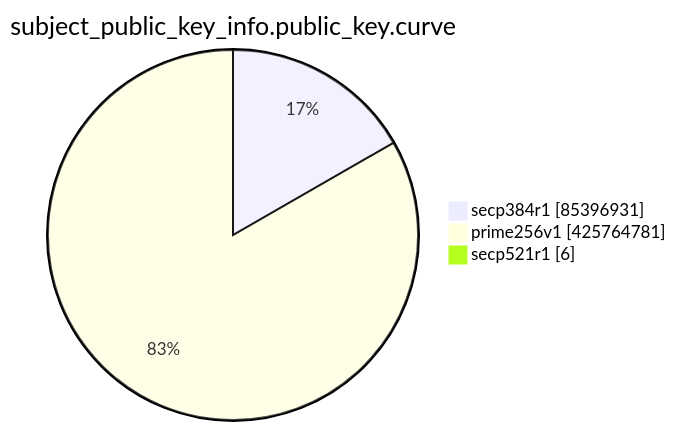
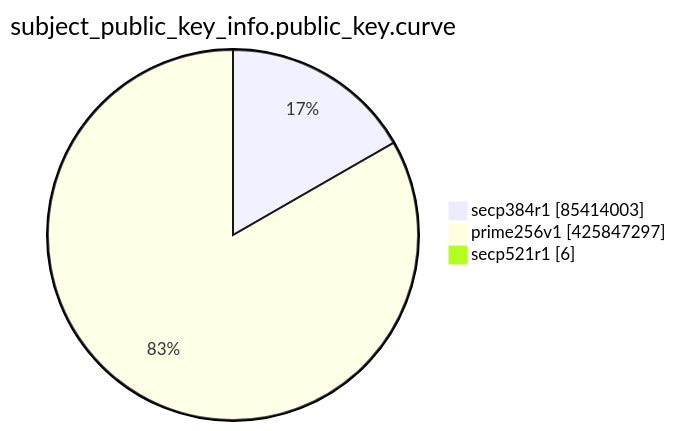
One commit to christiankrug/ctmonitor_visualization changed the eighth of 15 diagrams in TOTAL/README.md. Above: the diagram before and after it, drawn with Mermaid. The commit also changed other lines of this file, not shown here.

````diff
--- a/TOTAL/README.md
+++ b/TOTAL/README.md
@@ -3100,7 +3100,7 @@
 ```mermaid
 pie showData
 title subject_public_key_info.public_key.curve
-"secp384r1" :85396931
-"prime256v1" :425764781
+"secp384r1" :85414003
+"prime256v1" :425847297
 "secp521r1" :6
 ```
````
